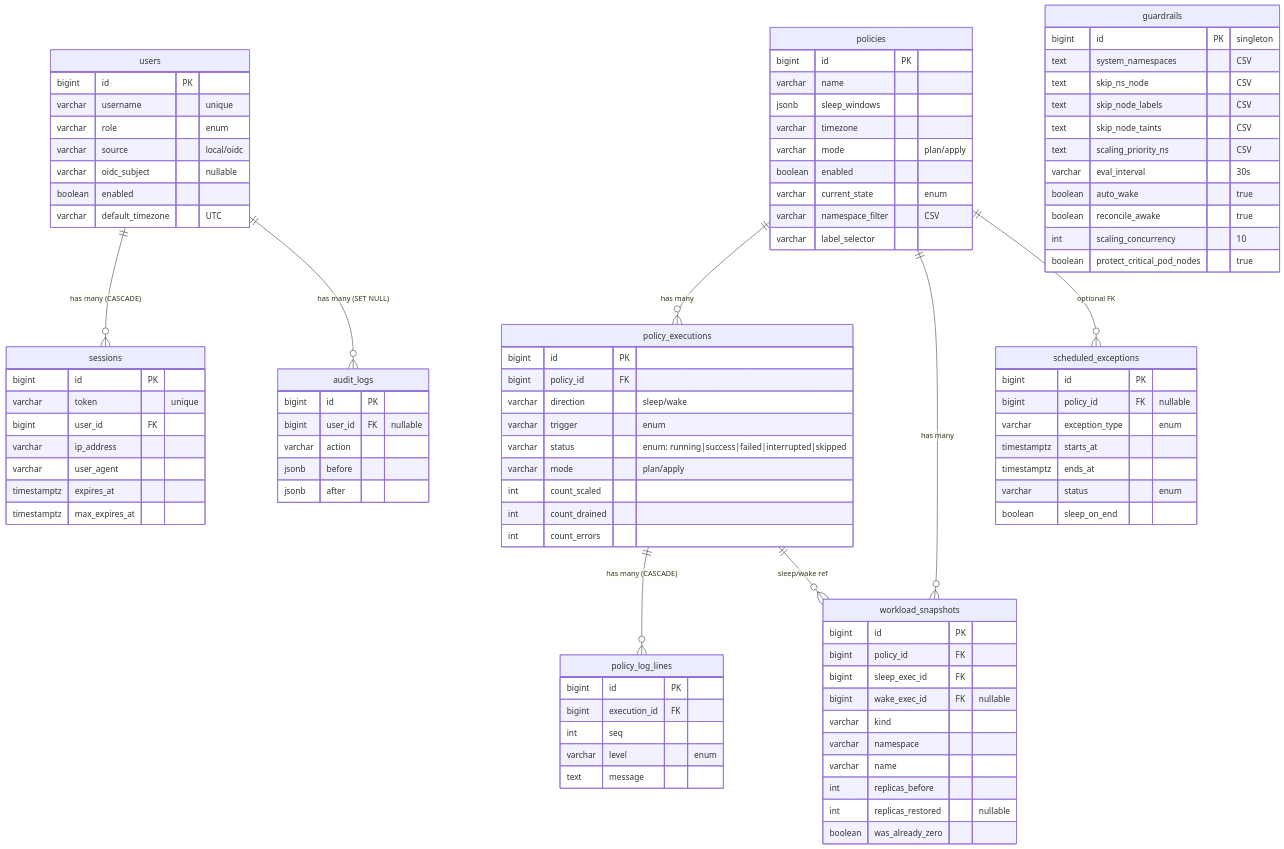
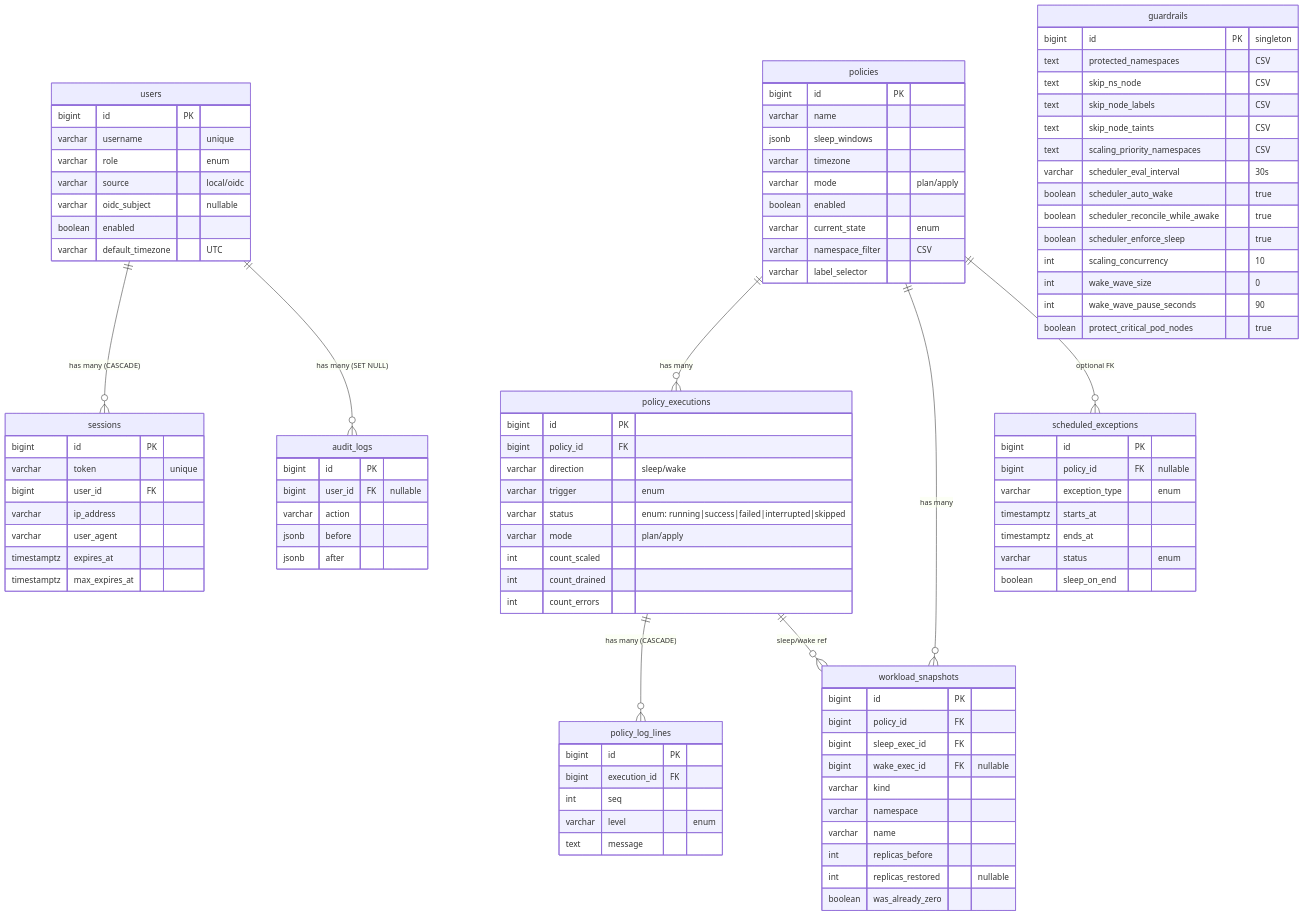
Before and after one commit to MacXsimilian/kube-phoenix: the second of 2 diagrams in ARCHITECTURE.md, drawn with Mermaid. The commit also changed other lines of this file and 43 other files, not shown here.

```diff
--- a/ARCHITECTURE.md
+++ b/ARCHITECTURE.md
@@ -278,15 +278,18 @@
 
     guardrails {
         bigint id PK "singleton"
-        text system_namespaces "CSV"
+        text protected_namespaces "CSV"
         text skip_ns_node "CSV"
         text skip_node_labels "CSV"
         text skip_node_taints "CSV"
-        text scaling_priority_ns "CSV"
-        varchar eval_interval "30s"
-        boolean auto_wake "true"
-        boolean reconcile_awake "true"
+        text scaling_priority_namespaces "CSV"
+        varchar scheduler_eval_interval "30s"
+        boolean scheduler_auto_wake "true"
+        boolean scheduler_reconcile_while_awake "true"
+        boolean scheduler_enforce_sleep "true"
         int scaling_concurrency "10"
+        int wake_wave_size "0"
+        int wake_wave_pause_seconds "90"
         boolean protect_critical_pod_nodes "true"
     }
 
```
